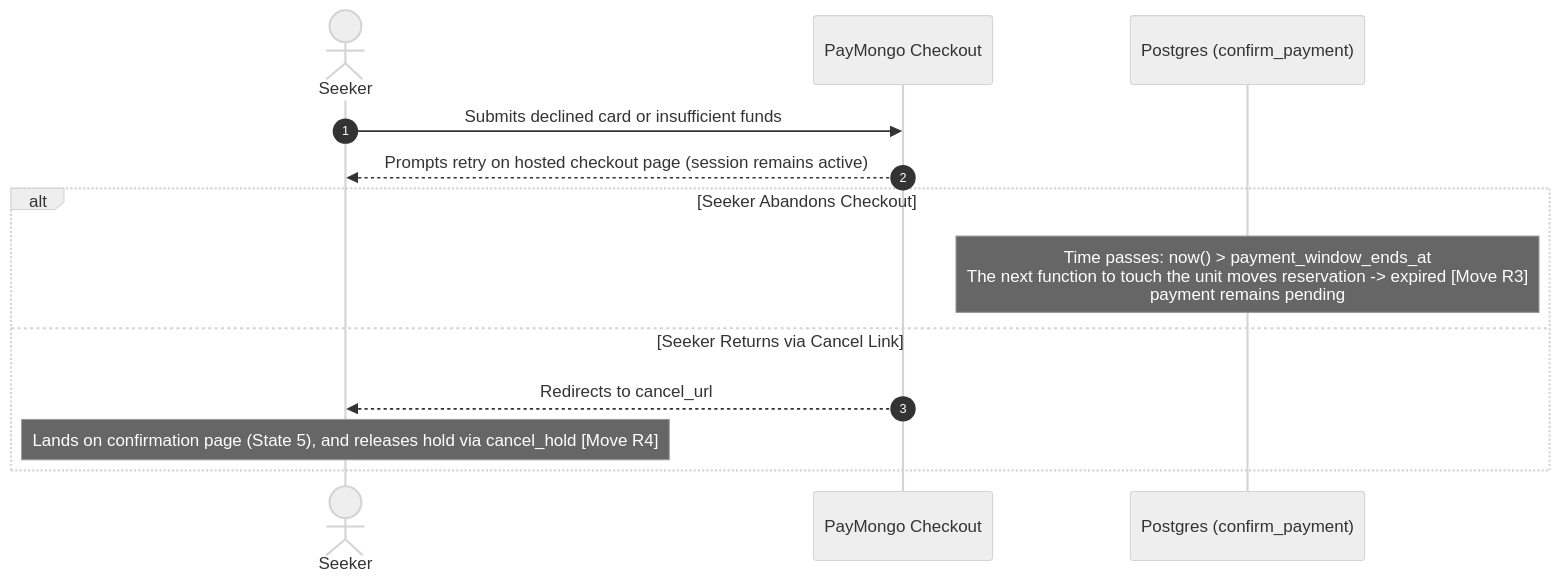
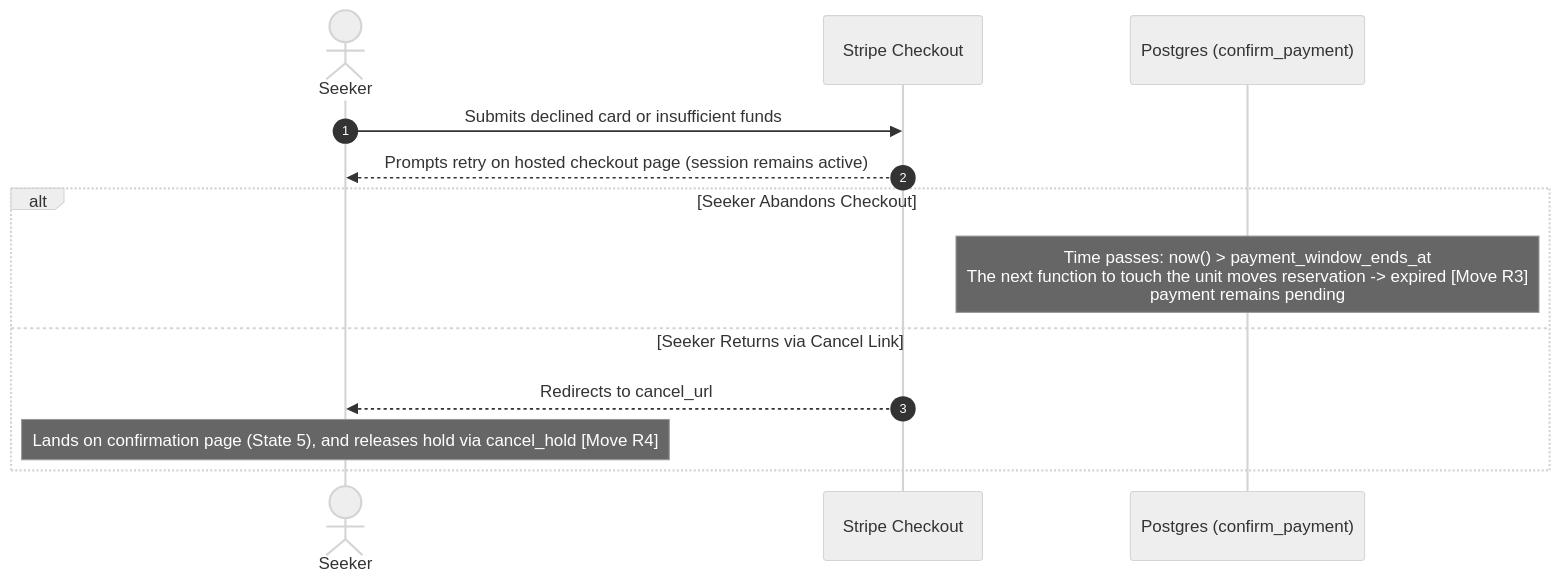
One commit to dreeyanzz/studyhub changed the fifth of 5 diagrams in docs/flows/sandbox-payment-confirmation.md. Above: the diagram before and after it, drawn with Mermaid (neutral theme). The commit also changed other lines of this file and 6 other files, not shown here.

````diff
--- a/docs/flows/sandbox-payment-confirmation.md
+++ b/docs/flows/sandbox-payment-confirmation.md
@@ -260,16 +261,16 @@
 ```mermaid
 sequenceDiagram
     autonumber
     actor S as Seeker
-    participant PM as PayMongo Checkout
+    participant ST as Stripe Checkout
     participant DB as Postgres (confirm_payment)
 
-    S->>PM: Submits declined card or insufficient funds
-    PM-->>S: Prompts retry on hosted checkout page (session remains active)
+    S->>ST: Submits declined card or insufficient funds
+    ST-->>S: Prompts retry on hosted checkout page (session remains active)
     alt Seeker Abandons Checkout
         Note over DB: Time passes: now() > payment_window_ends_at<br/>The next function to touch the unit moves reservation -> expired [Move R3]<br/>payment remains pending
     else Seeker Returns via Cancel Link
-        PM-->>S: Redirects to cancel_url
+        ST-->>S: Redirects to cancel_url
         Note over S: Lands on confirmation page (State 5), and releases hold via cancel_hold [Move R4]
     end
 ```
````
